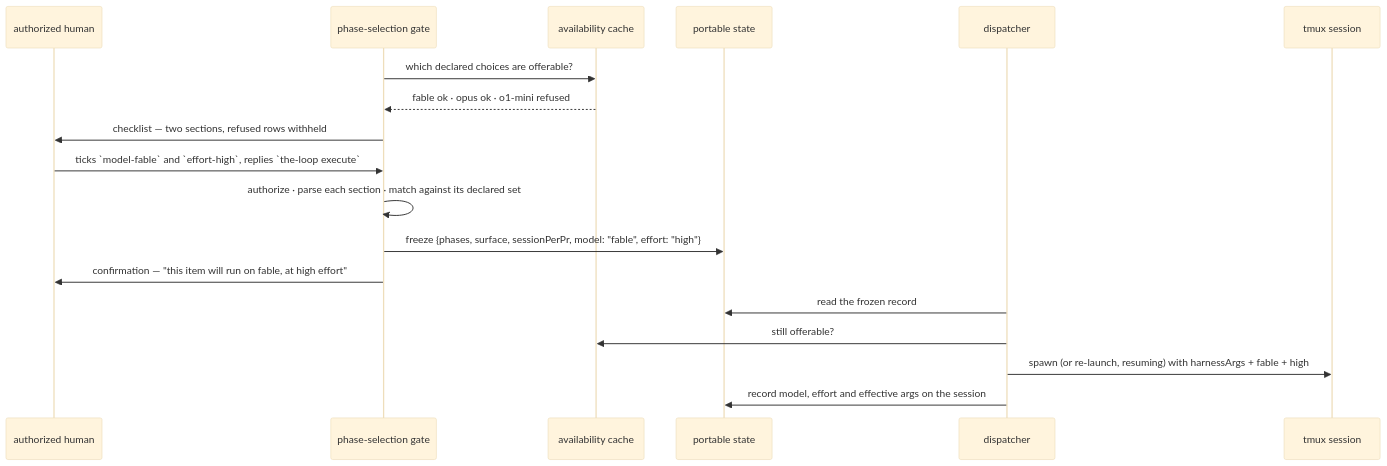
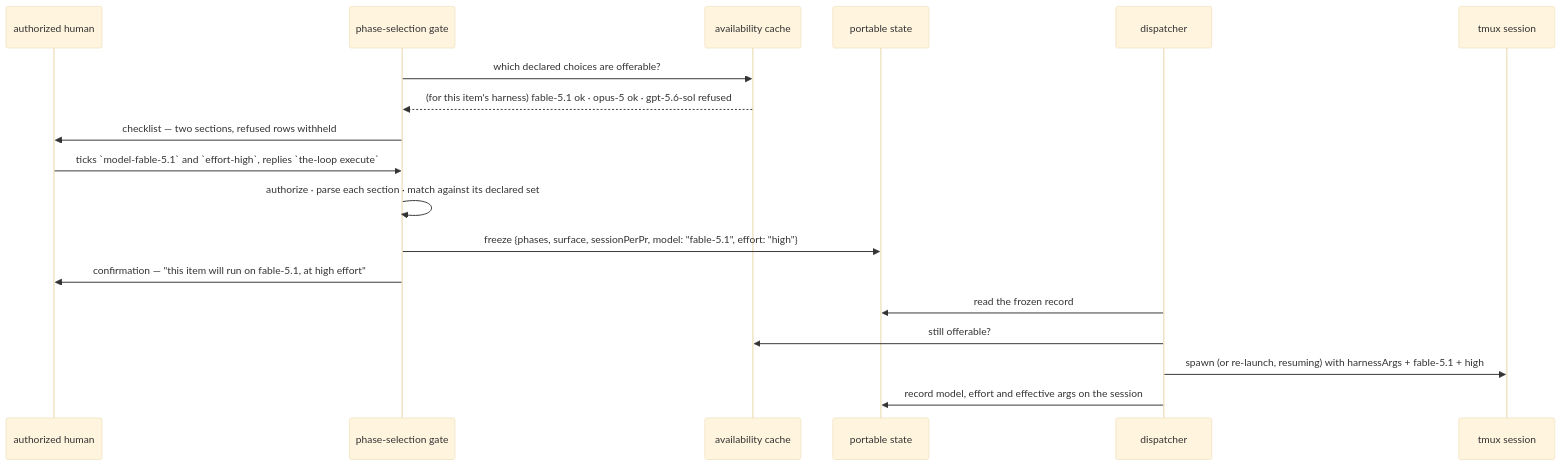
One commit to MadaraUchiha-314/the-loop changed the third of 3 diagrams in docs/specs/issue-358/design.md. Above: the diagram before and after it, drawn with Mermaid (base theme). The commit also changed other lines of this file and 2 other files, not shown here.

First line of the commit message:
docs(issue-358): revision 5 — a model is not tied to a harness; the probe measures the matrix

````diff
--- a/docs/specs/issue-358/design.md
+++ b/docs/specs/issue-358/design.md
@@ -208,21 +210,21 @@
 ```mermaid
 sequenceDiagram
   participant H as authorized human
   participant G as phase-selection gate
   participant P as availability cache
   participant S as portable state
   participant D as dispatcher
   participant T as tmux session
 
   G->>P: which declared choices are offerable?
-  P-->>G: fable ok · opus ok · o1-mini refused
+  P-->>G: (for this item's harness) fable-5.1 ok · opus-5 ok · gpt-5.6-sol refused
   G->>H: checklist — two sections, refused rows withheld
-  H->>G: ticks `model-fable` and `effort-high`, replies `the-loop execute`
+  H->>G: ticks `model-fable-5.1` and `effort-high`, replies `the-loop execute`
   G->>G: authorize · parse each section · match against its declared set
-  G->>S: freeze {phases, surface, sessionPerPr, model: "fable", effort: "high"}
-  G->>H: confirmation — "this item will run on fable, at high effort"
+  G->>S: freeze {phases, surface, sessionPerPr, model: "fable-5.1", effort: "high"}
+  G->>H: confirmation — "this item will run on fable-5.1, at high effort"
   D->>S: read the frozen record
   D->>P: still offerable?
-  D->>T: spawn (or re-launch, resuming) with harnessArgs + fable + high
+  D->>T: spawn (or re-launch, resuming) with harnessArgs + fable-5.1 + high
   D->>S: record model, effort and effective args on the session
 ```
````
